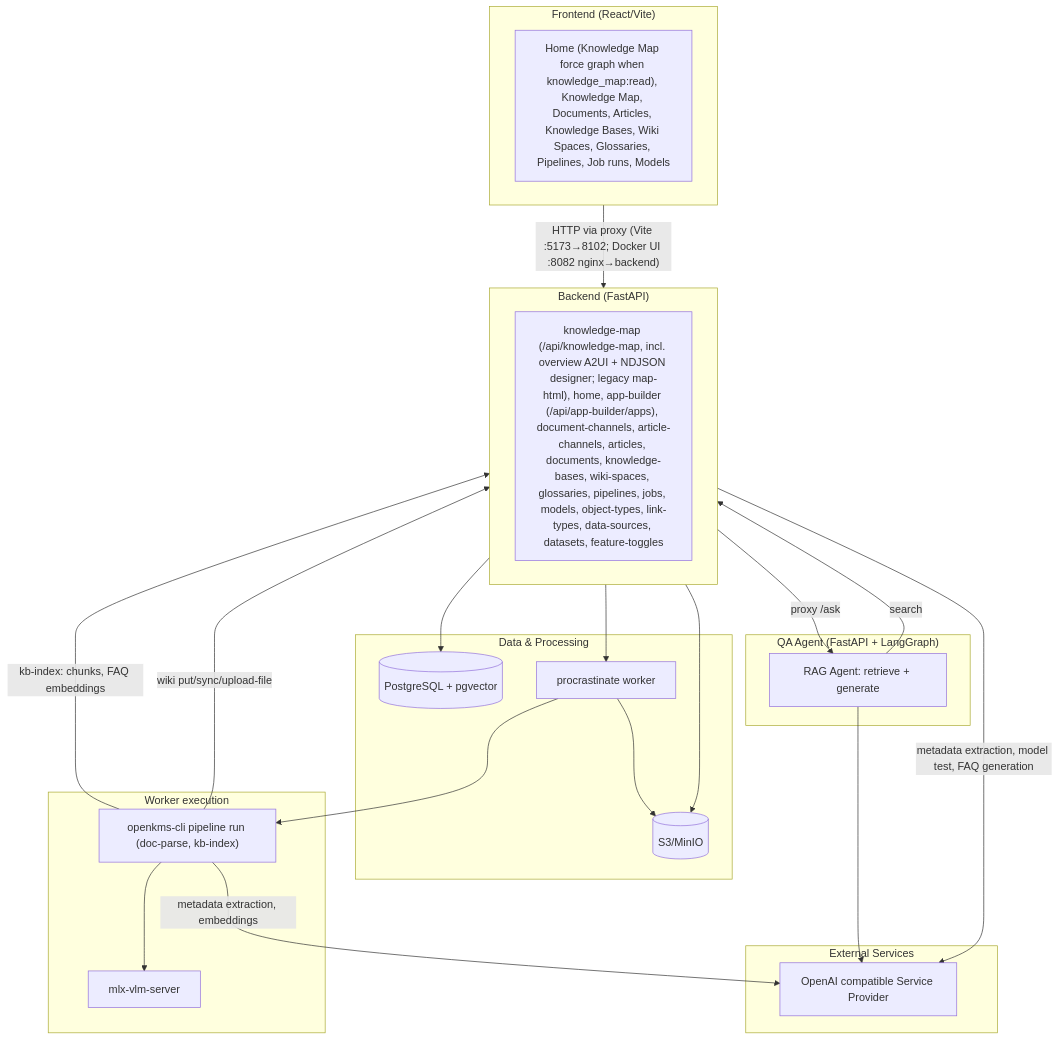
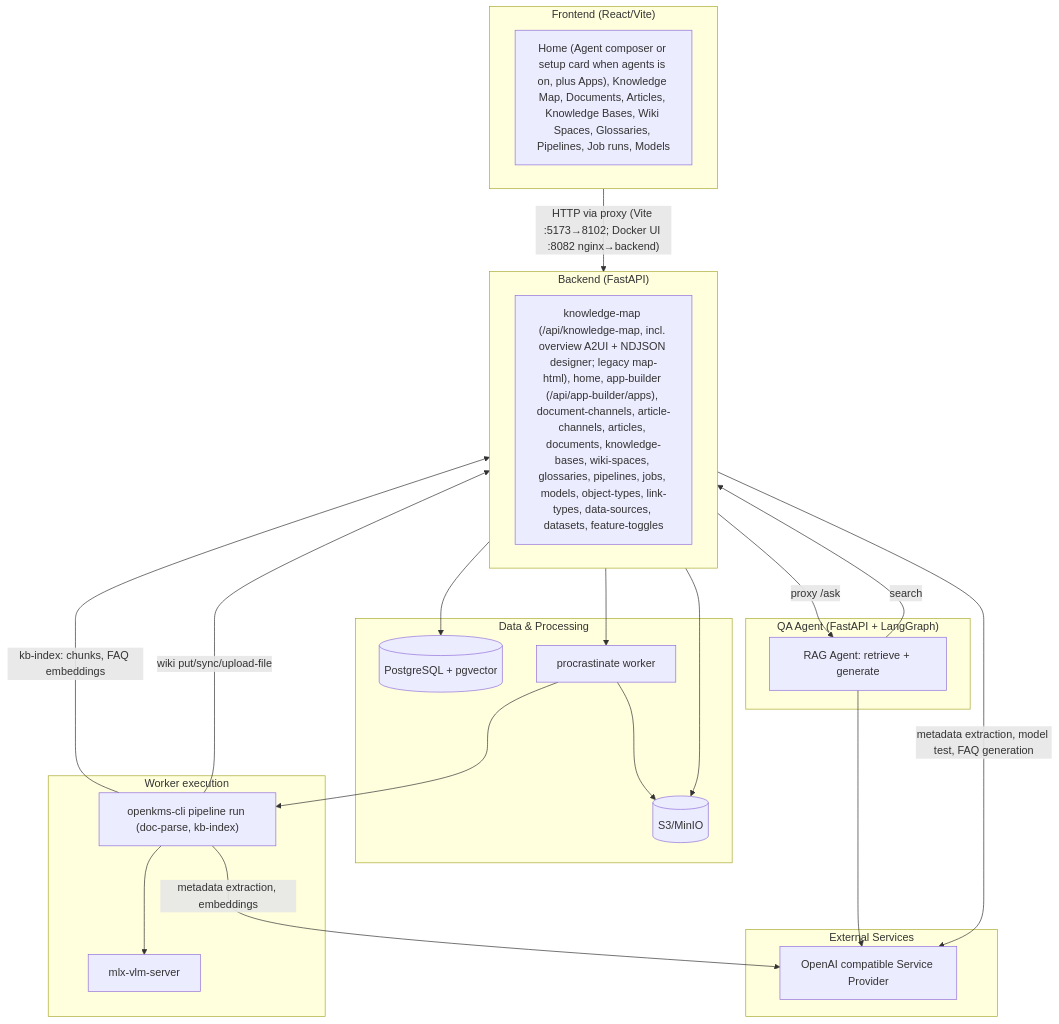
Before and after one commit to yingrui/openKMS: the first of 5 diagrams in docs/architecture.md, drawn with Mermaid. The commit also changed 21 other files, not shown here.

First line of the commit message:
Make Home an agent entry with a default project

````diff
--- a/docs/architecture.md
+++ b/docs/architecture.md
@@ -7,44 +7,44 @@
 ```mermaid
 flowchart TB
   subgraph Frontend["Frontend (React/Vite)"]
-    FE["Home (Knowledge Map force graph when knowledge_map:read), Knowledge Map, Documents, Articles, Knowledge Bases, Wiki Spaces, Glossaries, Pipelines, Job runs, Models"]
+    FE["Home (Agent composer or setup card when agents is on, plus Apps), Knowledge Map, Documents, Articles, Knowledge Bases, Wiki Spaces, Glossaries, Pipelines, Job runs, Models"]
   end
 
   subgraph Backend["Backend (FastAPI)"]
     API["knowledge-map (/api/knowledge-map, incl. overview A2UI + NDJSON designer; legacy map-html), home, app-builder (/api/app-builder/apps), document-channels, article-channels, articles, documents, knowledge-bases, wiki-spaces, glossaries, pipelines, jobs, models, object-types, link-types, data-sources, datasets, feature-toggles"]
   end
 
   subgraph Storage["Data & Processing"]
     PG[("PostgreSQL + pgvector")]
     S3[(S3/MinIO)]
     Worker["procrastinate worker"]
   end
 
   subgraph WorkerDetail["Worker execution"]
     CLI["openkms-cli pipeline run (doc-parse, kb-index)"]
     VLM["mlx-vlm-server"]
   end
 
   subgraph QAAgent["QA Agent (FastAPI + LangGraph)"]
     Agent["RAG Agent: retrieve + generate"]
   end
 
   subgraph External["External Services"]
     LLM["OpenAI compatible Service Provider"]
   end
 
   Frontend -->|"HTTP via proxy (Vite :5173→8102; Docker UI :8082 nginx→backend)"| Backend
   Backend --> PG
   Backend --> S3
   Backend --> Worker
   Backend -->|metadata extraction, model test, FAQ generation| LLM
   Backend -->|proxy /ask| Agent
   Agent -->|search| Backend
   Agent --> LLM
   Worker --> S3
   Worker --> CLI
   CLI --> VLM
   CLI -->|metadata extraction, embeddings| LLM
   CLI -->|kb-index: chunks, FAQ embeddings| Backend
   CLI -->|wiki put/sync/upload-file| Backend
 ```
````
